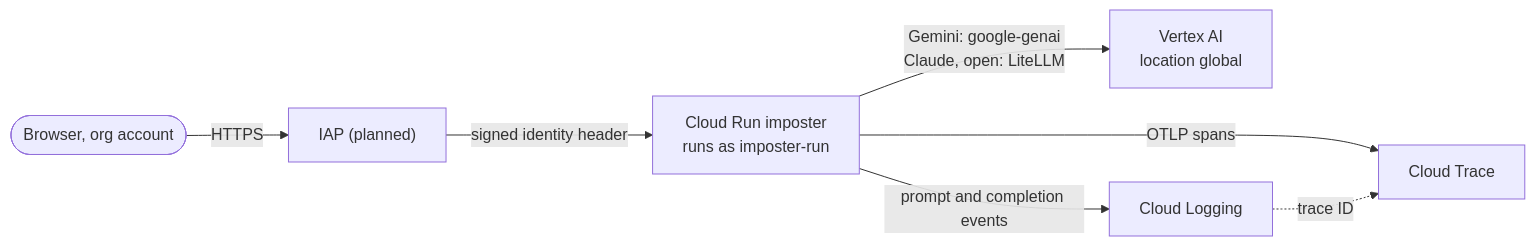
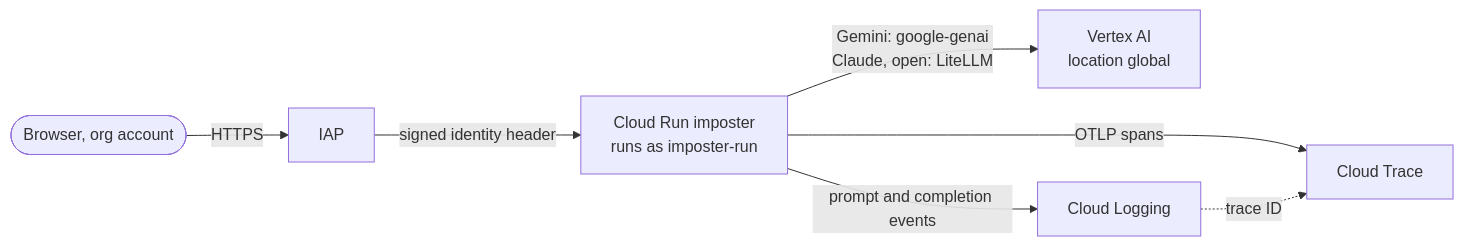
The first of 3 diagrams in docs/infrastructure.md (maxvandenhoven/imposter), drawn with Mermaid before and after one commit. The commit also changed other lines of this file and 22 other files, not shown here.

Commit message:
feat(infra): enable iap on cloud run and trace the user identity (#33)

````diff
--- a/docs/infrastructure.md
+++ b/docs/infrastructure.md
@@ -38,9 +37,9 @@
 ```mermaid
 flowchart LR
-  user(["Browser, org account"]) -->|HTTPS| iap["IAP (planned)"]
+  user(["Browser, org account"]) -->|HTTPS| iap["IAP"]
   iap -->|"signed identity header"| run["Cloud Run imposter<br/>runs as imposter-run"]
   run -->|"Gemini: google-genai<br/>Claude, open: LiteLLM"| vertex["Vertex AI<br/>location global"]
   run -->|"OTLP spans"| trace["Cloud Trace"]
   run -->|"prompt and completion events"| logging["Cloud Logging"]
   logging -.->|"trace ID"| trace
 ```
````
